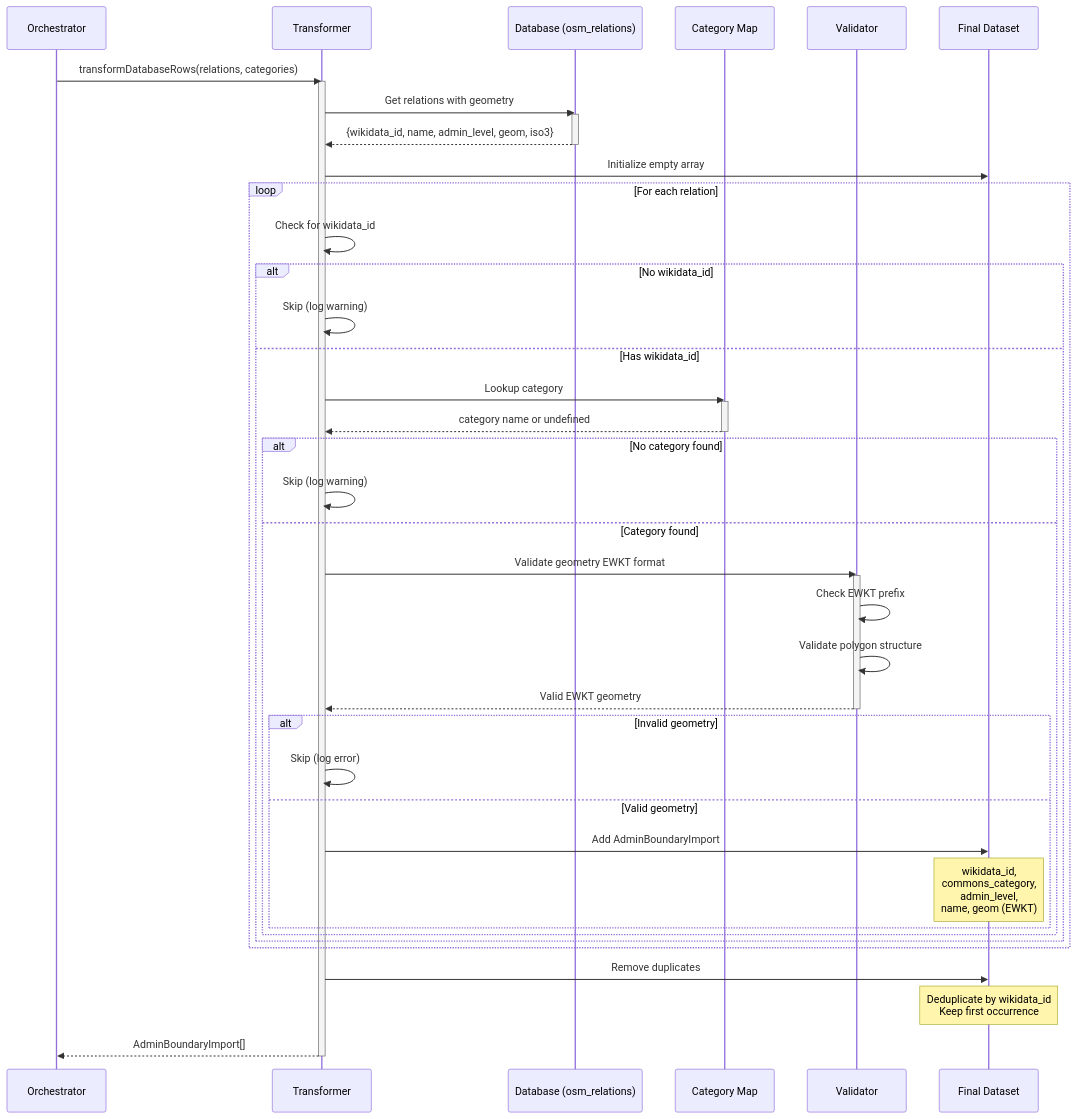
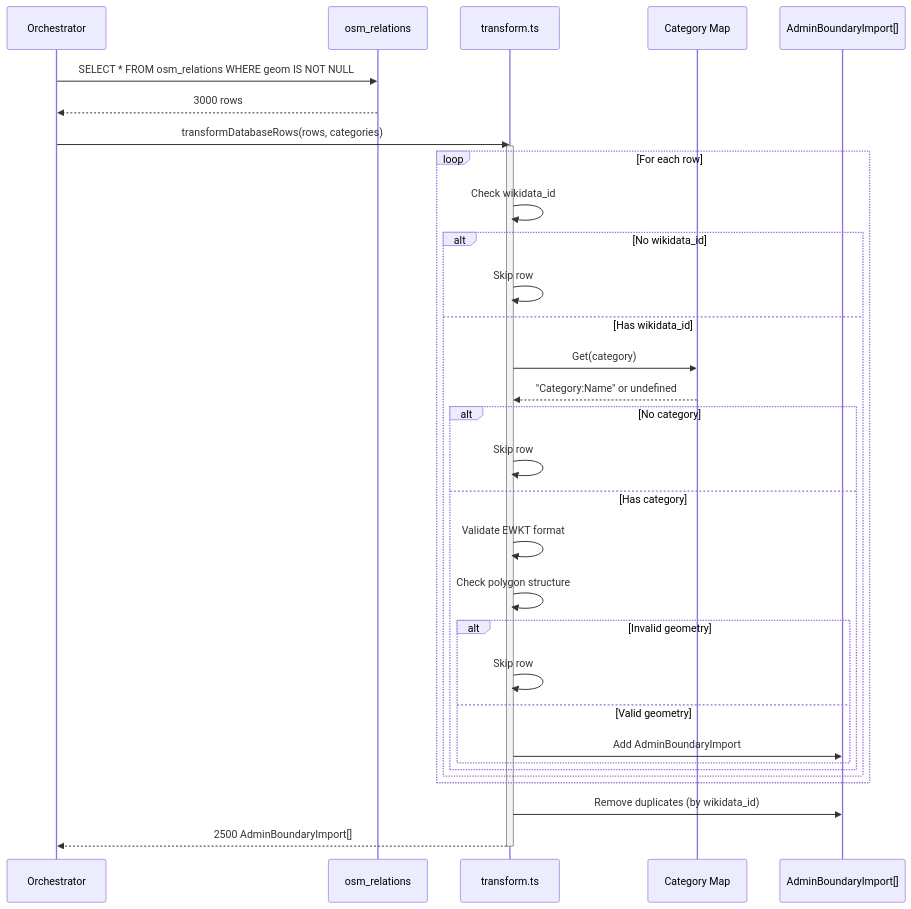
One commit to DaxServer/geocode-commons-categories changed the fourth of 8 diagrams in docs/import/data-flow.md. Above: the diagram before and after it, drawn with Mermaid. The commit also changed other lines of this file and 11 other files, not shown here.

````diff
--- a/docs/import/data-flow.md
+++ b/docs/import/data-flow.md
@@ -221,56 +131,41 @@
 ```mermaid
 sequenceDiagram
     participant Orch as Orchestrator
-    participant Transform as Transformer
-    participant DB as Database (osm_relations)
-    participant Wiki as Category Map
-    participant Valid as Validator
-    participant Result as Final Dataset
+    participant DB as osm_relations
+    participant Transform as transform.ts
+    participant Categories as Category Map
+    participant Result as AdminBoundaryImport[]
 
-    Orch->>Transform: transformDatabaseRows(relations, categories)
+    Orch->>DB: SELECT * FROM osm_relations WHERE geom IS NOT NULL
+    DB-->>Orch: 3000 rows
+
+    Orch->>Transform: transformDatabaseRows(rows, categories)
     activate Transform
 
-    Transform->>DB: Get relations with geometry
-    activate DB
-    DB-->>Transform: {wikidata_id, name, admin_level, geom, iso3}
-    deactivate DB
+    loop For each row
+        Transform->>Transform: Check wikidata_id
+        alt No wikidata_id
+            Transform->>Transform: Skip row
+        else Has wikidata_id
+            Transform->>Categories: Get(category)
+            Categories-->>Transform: "Category:Name" or undefined
 
-    Transform->>Result: Initialize empty array
-
-    loop For each relation
-        Transform->>Transform: Check for wikidata_id
-        alt No wikidata_id
-            Transform->>Transform: Skip (log warning)
-        else Has wikidata_id
-            Transform->>Wiki: Lookup category
-            activate Wiki
-            Wiki-->>Transform: category name or undefined
-            deactivate Wiki
-
-            alt No category found
-                Transform->>Transform: Skip (log warning)
-            else Category found
-                Transform->>Valid: Validate geometry EWKT format
-                activate Valid
-
-                Valid->>Valid: Check EWKT prefix
-                Valid->>Valid: Validate polygon structure
-                Valid-->>Transform: Valid EWKT geometry
-                deactivate Valid
+            alt No category
+                Transform->>Transform: Skip row
+            else Has category
+                Transform->>Transform: Validate EWKT format
+                Transform->>Transform: Check polygon structure
 
                 alt Invalid geometry
-                    Transform->>Transform: Skip (log error)
+                    Transform->>Transform: Skip row
                 else Valid geometry
                     Transform->>Result: Add AdminBoundaryImport
-                    Note over Result: wikidata_id,<br/>commons_category,<br/>admin_level,<br/>name, geom (EWKT)
                 end
             end
         end
     end
 
-    Transform->>Result: Remove duplicates
-    Note over Result: Deduplicate by wikidata_id<br/>Keep first occurrence
-
-    Transform-->>Orch: AdminBoundaryImport[]
+    Transform->>Result: Remove duplicates (by wikidata_id)
+    Transform-->>Orch: 2500 AdminBoundaryImport[]
     deactivate Transform
 ```
````
